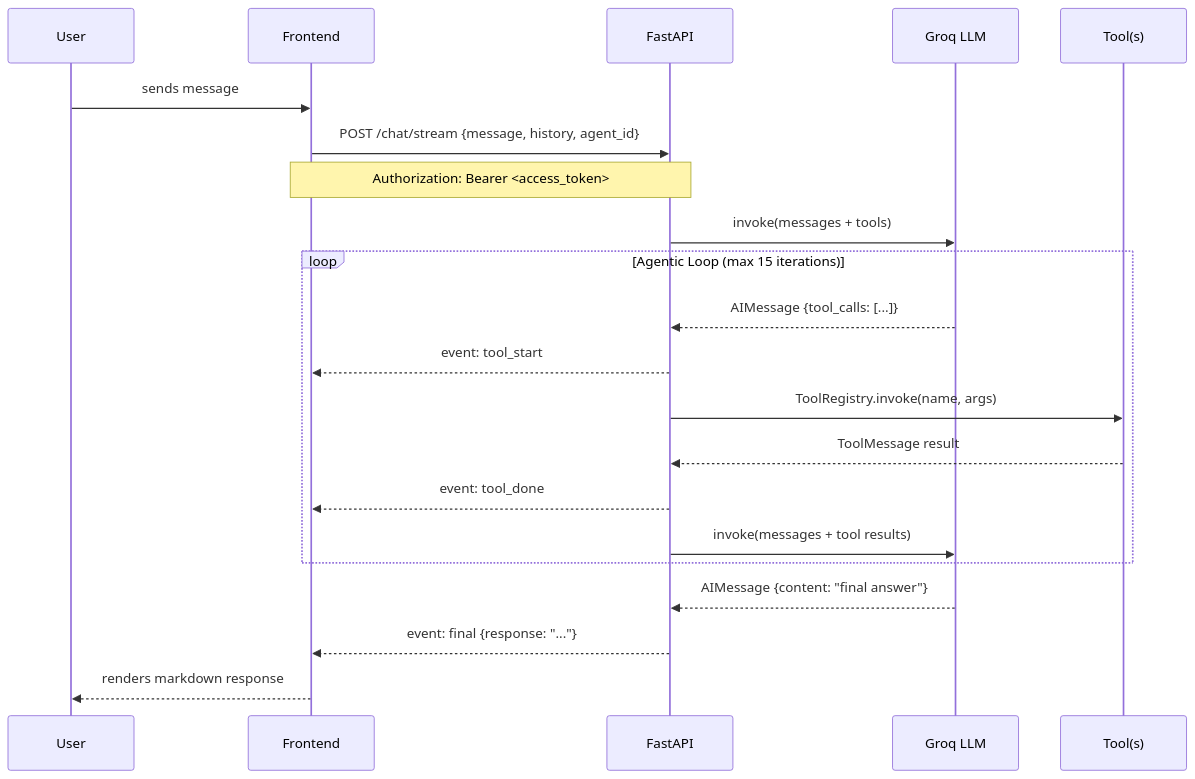
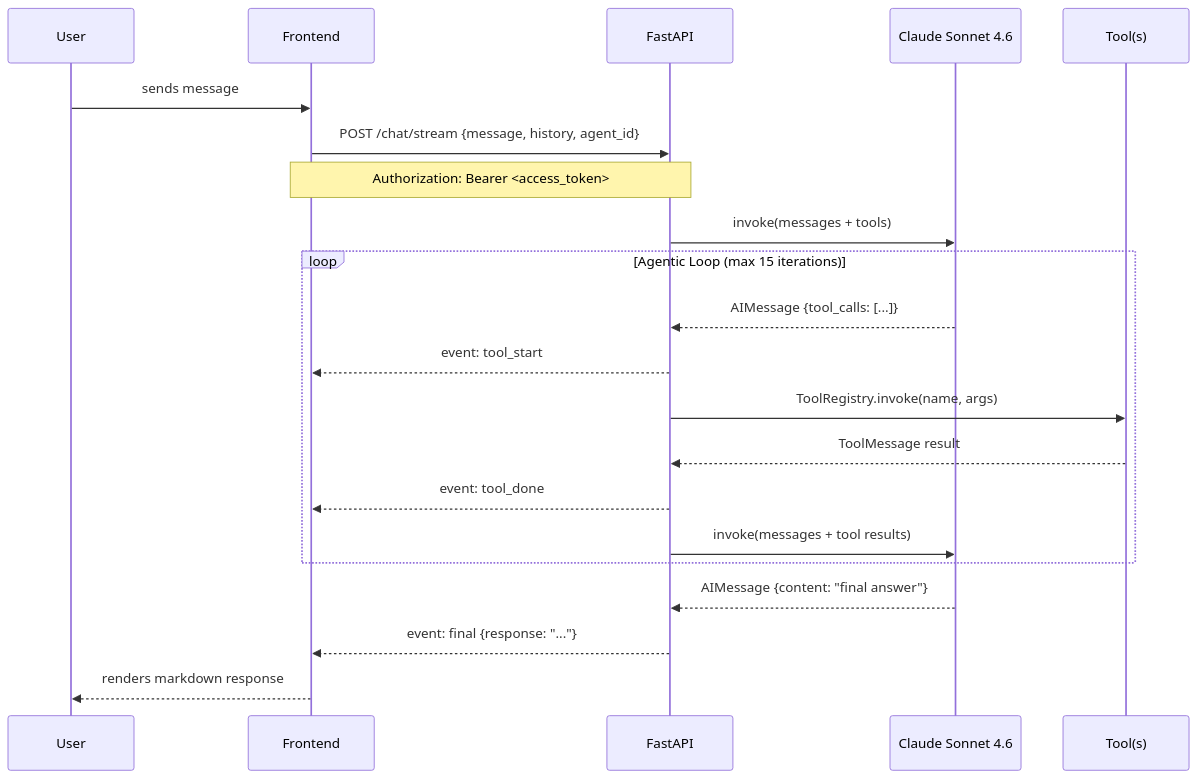
The second of 4 diagrams in README.md (asequitytrading-design/ai-agent-ui), drawn with Mermaid before and after one commit. The commit also changed other lines of this file and 56 other files, not shown here.

````diff
--- a/README.md
+++ b/README.md
@@ -107,26 +107,26 @@
 ```mermaid
 sequenceDiagram
     participant U as User
     participant FE as Frontend
     participant BE as FastAPI
-    participant LLM as Groq LLM
+    participant LLM as Claude Sonnet 4.6
     participant T as Tool(s)
 
     U->>FE: sends message
     FE->>BE: POST /chat/stream {message, history, agent_id}
     Note over FE,BE: Authorization: Bearer <access_token>
     BE->>LLM: invoke(messages + tools)
 
     loop Agentic Loop (max 15 iterations)
         LLM-->>BE: AIMessage {tool_calls: [...]}
         BE-->>FE: event: tool_start
         BE->>T: ToolRegistry.invoke(name, args)
         T-->>BE: ToolMessage result
         BE-->>FE: event: tool_done
         BE->>LLM: invoke(messages + tool results)
     end
 
     LLM-->>BE: AIMessage {content: "final answer"}
     BE-->>FE: event: final {response: "..."}
     FE-->>U: renders markdown response
 ```
````
